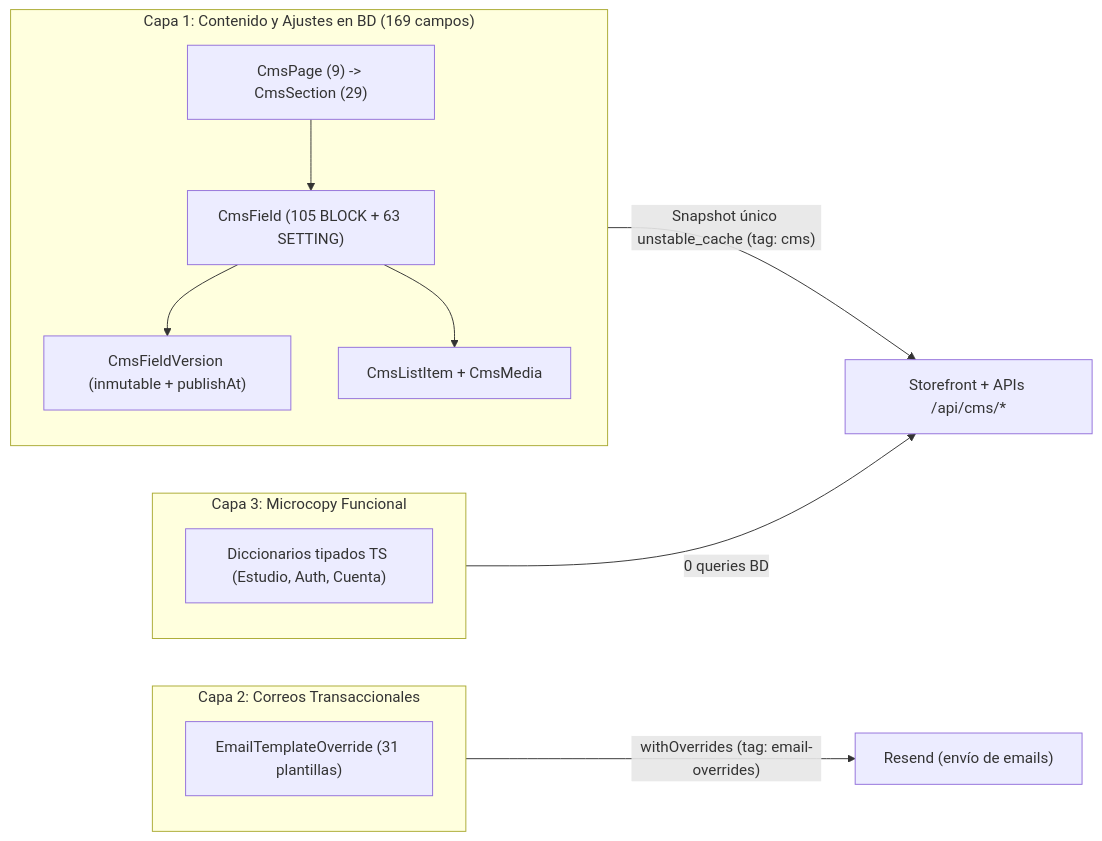
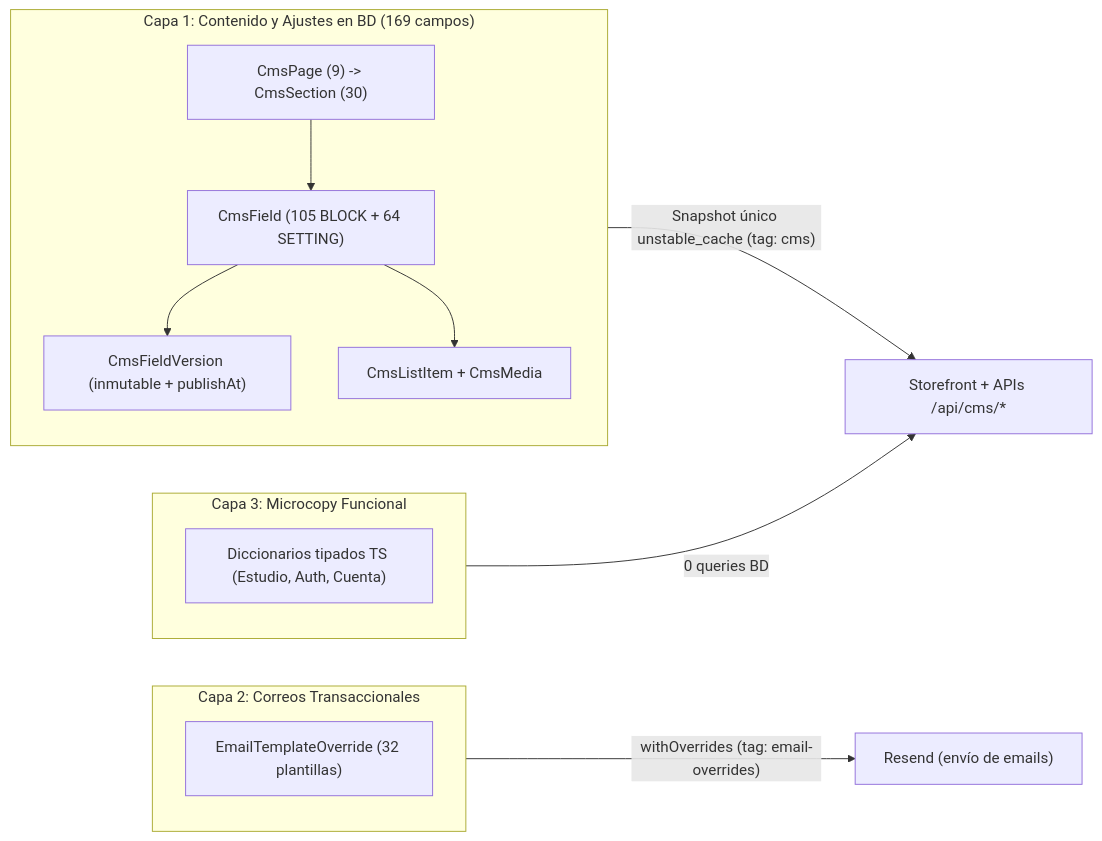
One commit to jullieth93/lucams changed the second of 2 diagrams in docs/domains/catalog-and-cms.md. Above: the diagram before and after it, drawn with Mermaid. The commit also changed other lines of this file and 24 other files, not shown here.

````diff
--- a/docs/domains/catalog-and-cms.md
+++ b/docs/domains/catalog-and-cms.md
@@ -83,17 +83,17 @@
 ```mermaid
 flowchart LR
   subgraph L1["Capa 1: Contenido y Ajustes en BD (169 campos)"]
-    P["CmsPage (9) -> CmsSection (29)"] --> F["CmsField (105 BLOCK + 63 SETTING)"]
+    P["CmsPage (9) -> CmsSection (30)"] --> F["CmsField (105 BLOCK + 64 SETTING)"]
     F --> V["CmsFieldVersion (inmutable + publishAt)"]
     F --> LI["CmsListItem + CmsMedia"]
   end
   subgraph L2["Capa 2: Correos Transaccionales"]
-    EM["EmailTemplateOverride (31 plantillas)"]
+    EM["EmailTemplateOverride (32 plantillas)"]
   end
   subgraph L3["Capa 3: Microcopy Funcional"]
     TS["Diccionarios tipados TS (Estudio, Auth, Cuenta)"]
   end
   L1 -->|"Snapshot único unstable_cache (tag: cms)"| SF["Storefront + APIs /api/cms/*"]
   L2 -->|"withOverrides (tag: email-overrides)"| RS["Resend (envío de emails)"]
   L3 -->|"0 queries BD"| SF
 ```
````
